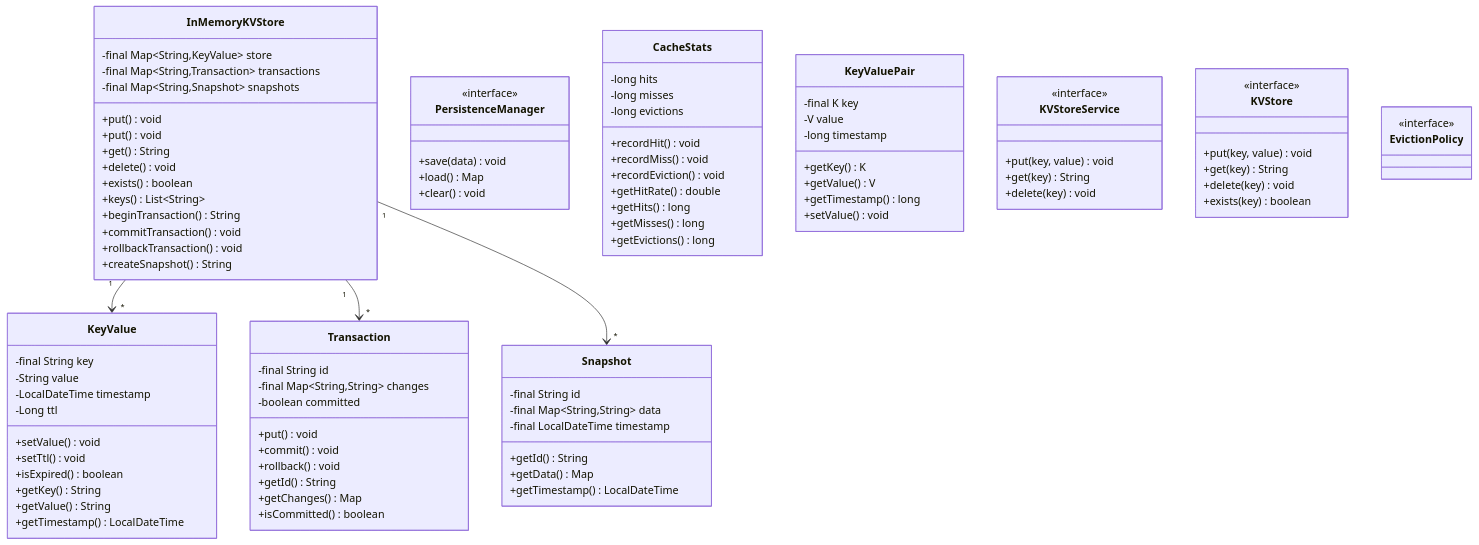
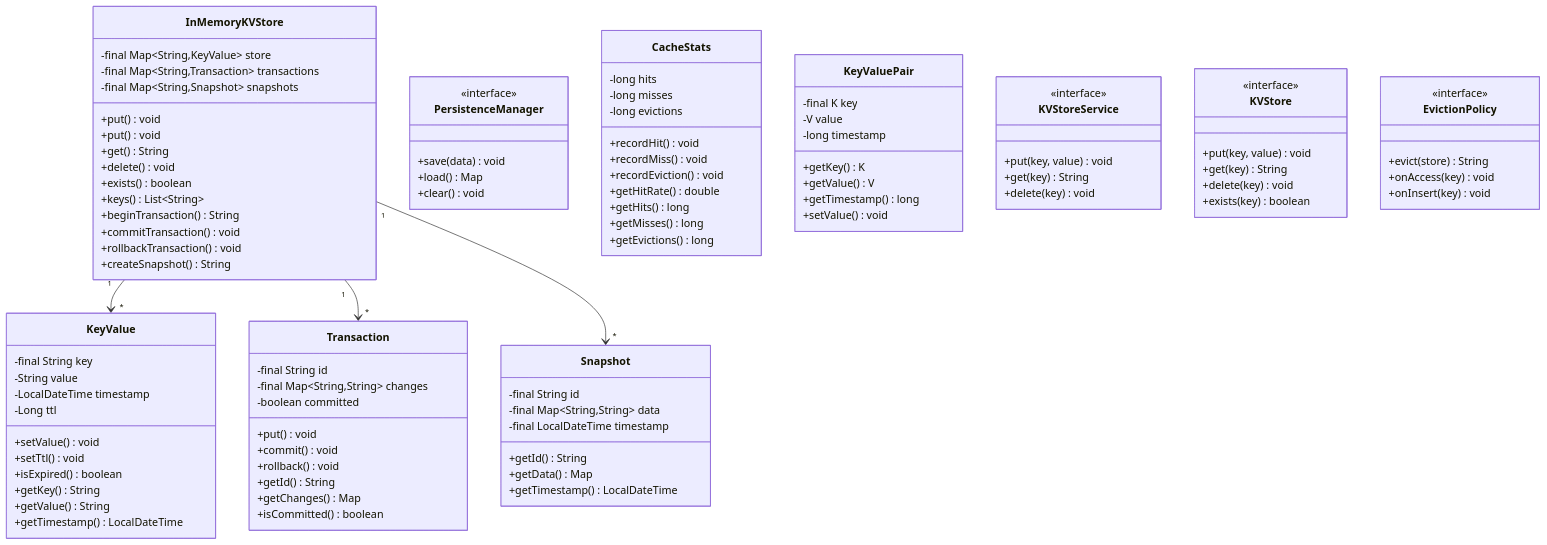
One commit to dlkr18/lld-playbook changed the diagram in docs/problems/kvstore/README.md. Above: the diagram before and after it, drawn with Mermaid. The commit also changed 2 other files, not shown here.

Commit message:
fix: add methods to EvictionPolicy interface in kvstore

```diff
--- a/docs/problems/kvstore/README.md
+++ b/docs/problems/kvstore/README.md
@@ -178,8 +178,12 @@
         +exists(key) boolean
     }
 
-    class EvictionPolicy
-    <<interface>> EvictionPolicy
+    class EvictionPolicy {
+        <<interface>>
+        +evict(store) String
+        +onAccess(key) void
+        +onInsert(key) void
+    }
 
     InMemoryKVStore "1" --> "*" KeyValue
     InMemoryKVStore "1" --> "*" Transaction
```
